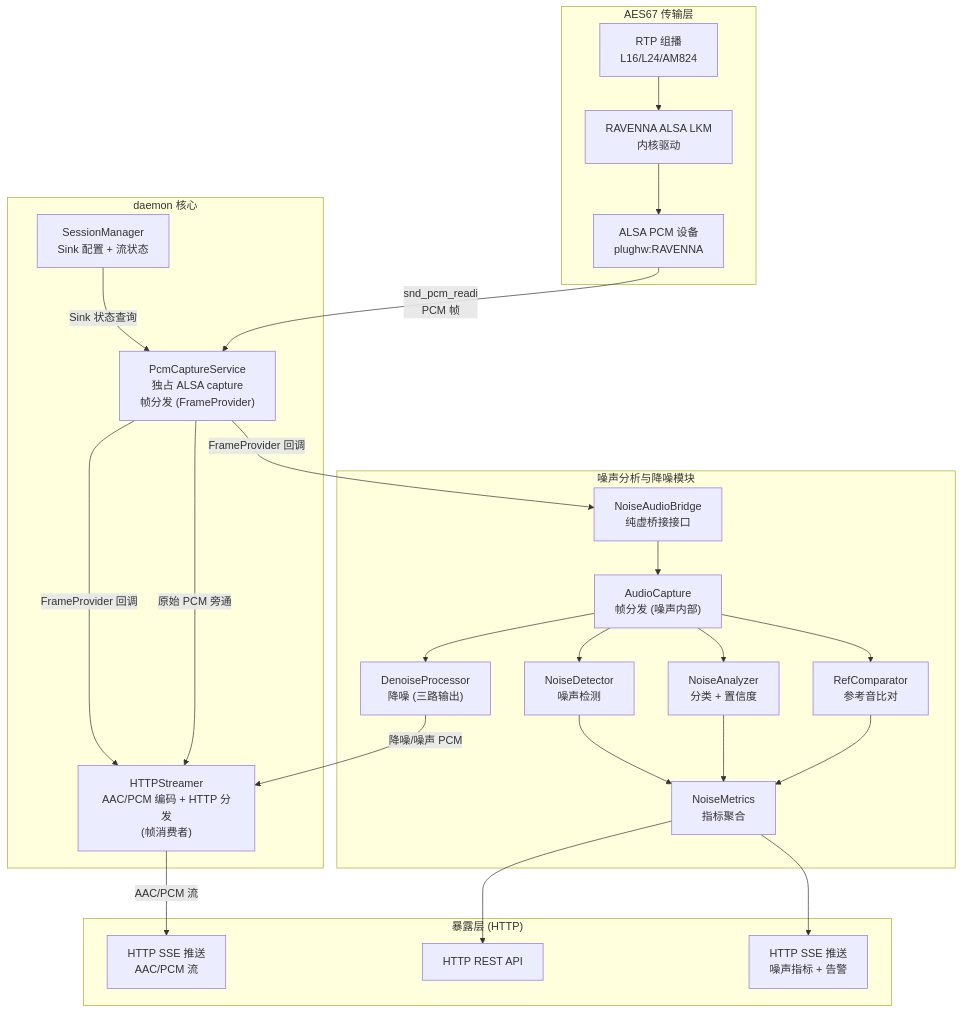
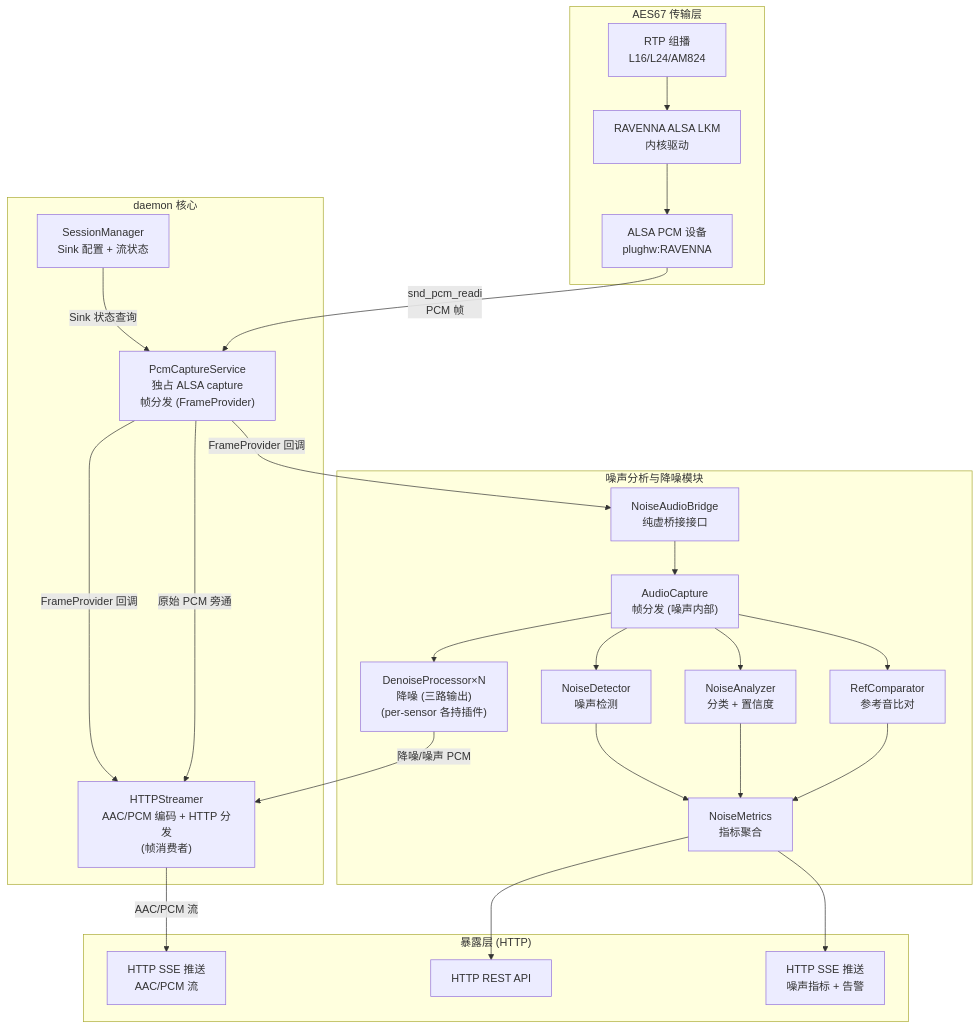
Before and after one commit to JunJunHub/aes67-linux-daemon: the second of 6 diagrams in docs/noise/architecture-design.md, drawn with Mermaid. The commit also changed other lines of this file and 2 other files, not shown here.

First line of the commit message:
docs(noise): 明确降噪插件 per-sensor 所有权模型

````diff
--- a/docs/noise/architecture-design.md
+++ b/docs/noise/architecture-design.md
@@ -174,44 +174,44 @@
 ```mermaid
 flowchart TB
     subgraph AES67["AES67 传输层"]
         RTP["RTP 组播<br/>L16/L24/AM824"]
         LKM["RAVENNA ALSA LKM<br/>内核驱动"]
         ALSA["ALSA PCM 设备<br/>plughw:RAVENNA"]
     end
 
     subgraph CORE["daemon 核心"]
         SM["SessionManager<br/>Sink 配置 + 流状态"]
         PCS["PcmCaptureService<br/>独占 ALSA capture<br/>帧分发 (FrameProvider)"]
         STR["HTTPStreamer<br/>AAC/PCM 编码 + HTTP 分发<br/>(帧消费者)"]
     end
 
     subgraph NOISE["噪声分析与降噪模块"]
         BRIDGE_IF["NoiseAudioBridge<br/>纯虚桥接接口"]
         CAP["AudioCapture<br/>帧分发 (噪声内部)"]
         DET["NoiseDetector<br/>噪声检测"]
         ANA["NoiseAnalyzer<br/>分类 + 置信度"]
-        DNR["DenoiseProcessor<br/>降噪 (三路输出)"]
+        DNR["DenoiseProcessor×N<br/>降噪 (三路输出)<br/>(per-sensor 各持插件)"]
         REF["RefComparator<br/>参考音比对"]
         MET["NoiseMetrics<br/>指标聚合"]
     end
 
     subgraph API["暴露层 (HTTP)"]
         AudioSSE["HTTP SSE 推送<br/>AAC/PCM 流"]
         HTTP["HTTP REST API"]
         NoiseSSE["HTTP SSE 推送<br/>噪声指标 + 告警"]
     end
 
     RTP --> LKM --> ALSA
     SM -->|Sink 状态查询| PCS
     ALSA -->|snd_pcm_readi<br/>PCM 帧| PCS
     PCS -->|FrameProvider 回调| STR
     PCS -->|FrameProvider 回调| BRIDGE_IF
     BRIDGE_IF --> CAP
     CAP --> DET & ANA & DNR & REF
     DET & ANA --> MET
     REF --> MET
     MET --> HTTP & NoiseSSE
     PCS -->|原始 PCM 旁通| STR
     DNR -->|降噪/噪声 PCM| STR
     STR -->|AAC/PCM 流| AudioSSE
 ```
````
